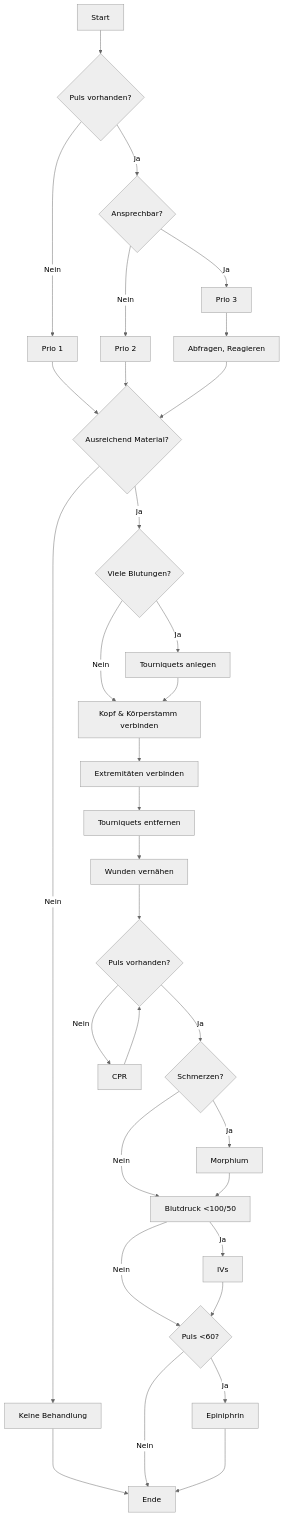
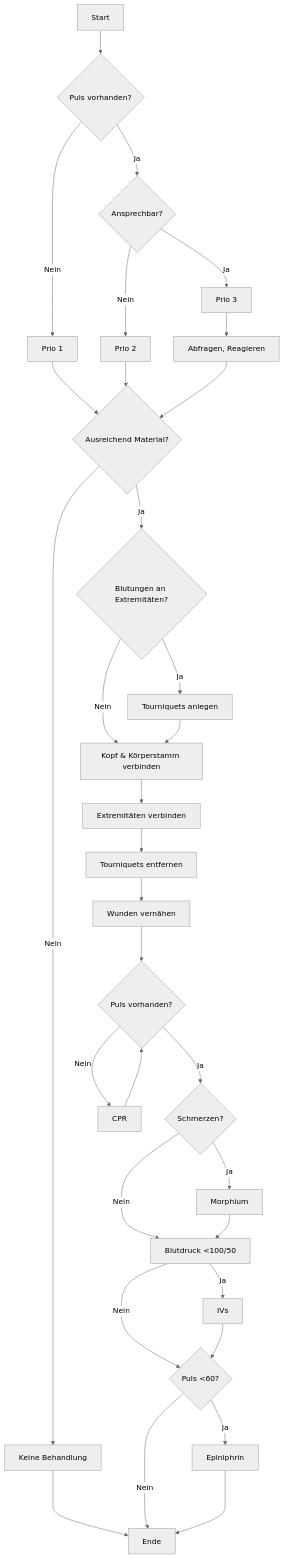
One commit to inten-gg/wiki changed the diagram in arma3/ace3-medical.md. Above: the diagram before and after it, drawn with Mermaid (neutral theme). The commit also changed other lines of this file, not shown here.

Commit message:
docs: update arma3/ace3-medical

````diff
--- a/arma3/ace3-medical.md
+++ b/arma3/ace3-medical.md
@@ -69,37 +69,37 @@
 ```mermaid
 flowchart TD
     Start[Start] --> Puls{Puls vorhanden?}
     Puls -- Ja --> Ansprechbar{Ansprechbar?}
     Puls -- Nein --> Prio1[Prio 1]
     Ansprechbar -- Ja --> Prio3[Prio 3]
     Ansprechbar -- Nein --> Prio2[Prio 2]
     Prio1 --> Material
     Prio2 --> Material
     Prio3 --> Question[Abfragen, Reagieren]
     Question --> Material{Ausreichend Material?}
-    Material -- Ja --> VieleBlutungen{Viele Blutungen?}
+    Material -- Ja --> VieleBlutungen{Blutungen an Extremitäten?}
     Material -- Nein --> Nope[Keine Behandlung]
     Nope ---> Ende
     VieleBlutungen -- Ja --> Tourniquets[Tourniquets anlegen]
     VieleBlutungen -- Nein --> Torso[Kopf & Körperstamm verbinden]
     Tourniquets --> Torso
     Torso --> Extreminaeten[Extremitäten verbinden]
     Extreminaeten --> TourniquetsDel[Tourniquets entfernen]
     TourniquetsDel --> Stitch[Wunden vernähen]
     Stitch --> PulsAfterStitch{Puls vorhanden?}
     PulsAfterStitch -- Ja --> Pain{Schmerzen?}
     PulsAfterStitch -- Nein --> CPR
     CPR --> PulsAfterStitch
     Pain -- Ja --> Morphium
     Pain -- Nein --> BloodPressure[Blutdruck <100/50]
     Morphium --> BloodPressure
     BloodPressure -- Ja --> IVs    
     BloodPressure -- Nein --> PulseAfterBloodPressure{Puls <60?}
     IVs --> PulseAfterBloodPressure
     PulseAfterBloodPressure -- Ja --> Epiniphrin
     PulseAfterBloodPressure -- Nein ---> Ende
     Epiniphrin ---> Ende    
 		class Prio1 fc-node-red
     class Prio2 fc-node-orange
     class Prio3 fc-node-green
 ```
````
